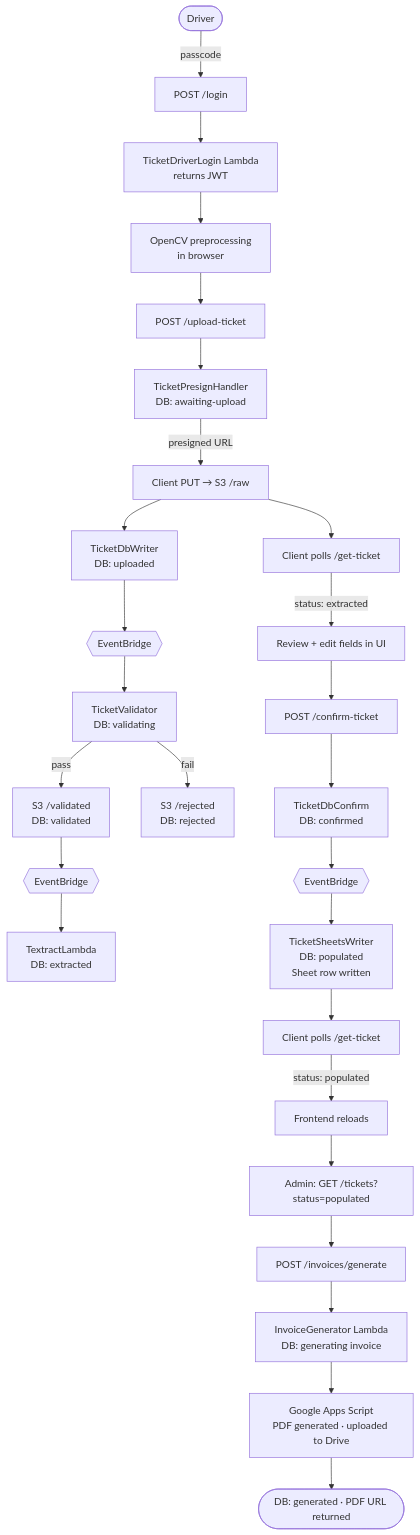
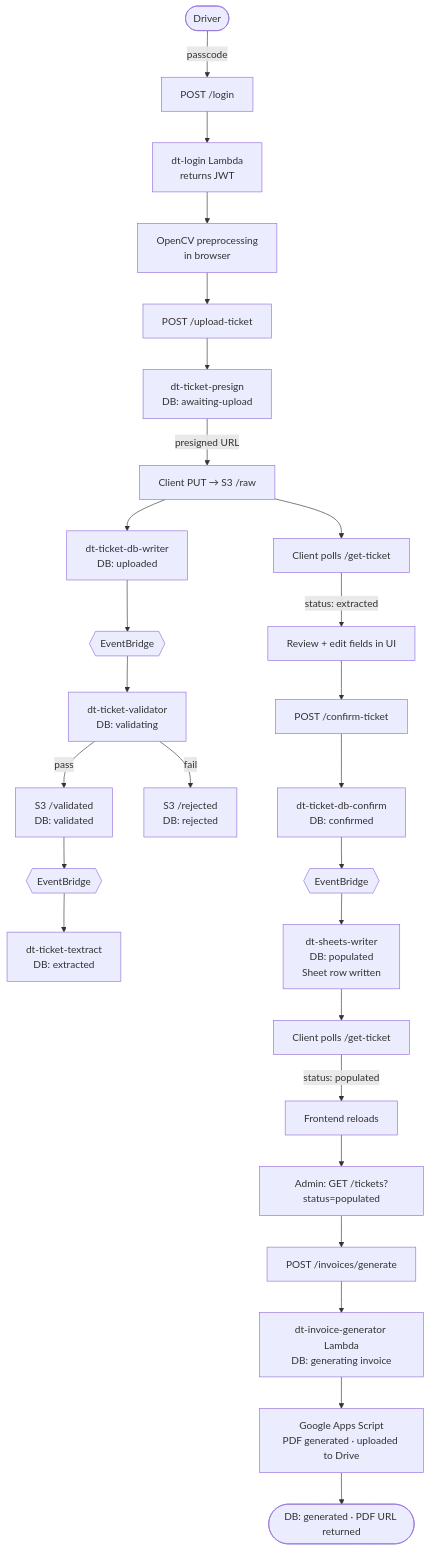
One commit to artomatiq/ccs-ticket-backend changed the first of 2 diagrams in ARCHITECTURE.MD. Above: the diagram before and after it, drawn with Mermaid. The commit also changed other lines of this file, not shown here.

Commit message:
lambda naming changes

````diff
--- a/ARCHITECTURE.MD
+++ b/ARCHITECTURE.MD
@@ -9,34 +9,34 @@
 ```mermaid
 flowchart TD
     A([Driver]) -->|passcode| B[POST /login]
-    B --> C[TicketDriverLogin Lambda\nreturns JWT]
+    B --> C[dt-login Lambda\nreturns JWT]
 
     C --> D[OpenCV preprocessing\nin browser]
     D --> E[POST /upload-ticket]
-    E --> F[TicketPresignHandler\nDB: awaiting-upload]
+    E --> F[dt-ticket-presign\nDB: awaiting-upload]
     F -->|presigned URL| G[Client PUT → S3 /raw]
 
-    G --> H[TicketDbWriter\nDB: uploaded]
+    G --> H[dt-ticket-db-writer\nDB: uploaded]
     H --> I{{EventBridge}}
-    I --> J[TicketValidator\nDB: validating]
+    I --> J[dt-ticket-validator\nDB: validating]
     J -->|pass| K[S3 /validated\nDB: validated]
     J -->|fail| L[S3 /rejected\nDB: rejected]
     K --> M{{EventBridge}}
-    M --> N[TextractLambda\nDB: extracted]
+    M --> N[dt-ticket-textract\nDB: extracted]
 
     G --> O[Client polls /get-ticket]
     O -->|status: extracted| P[Review + edit fields in UI]
     P --> Q[POST /confirm-ticket]
-    Q --> R[TicketDbConfirm\nDB: confirmed]
+    Q --> R[dt-ticket-db-confirm\nDB: confirmed]
     R --> S{{EventBridge}}
-    S --> T[TicketSheetsWriter\nDB: populated\nSheet row written]
+    S --> T[dt-sheets-writer\nDB: populated\nSheet row written]
 
     T --> U[Client polls /get-ticket]
     U -->|status: populated| V[Frontend reloads]
 
     V --> W[Admin: GET /tickets?status=populated]
     W --> X[POST /invoices/generate]
-    X --> Y[InvoiceGenerator Lambda\nDB: generating invoice]
+    X --> Y[dt-invoice-generator Lambda\nDB: generating invoice]
     Y --> Z[Google Apps Script\nPDF generated · uploaded to Drive]
     Z --> AA([DB: generated · PDF URL returned])
 ```
````
